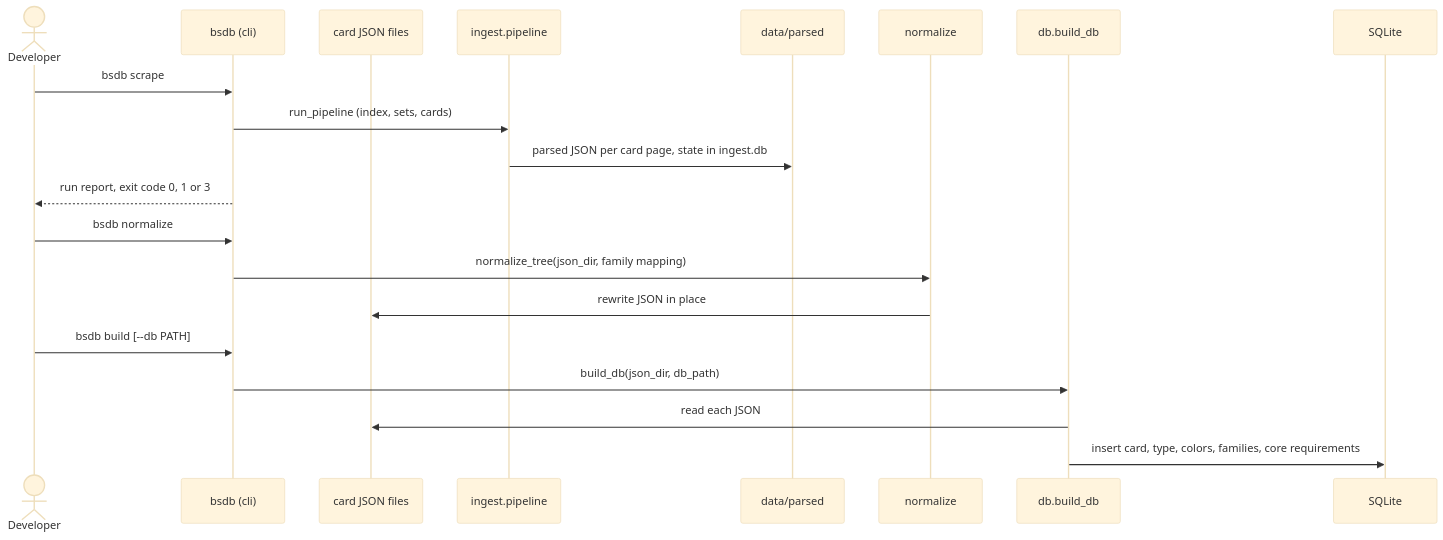
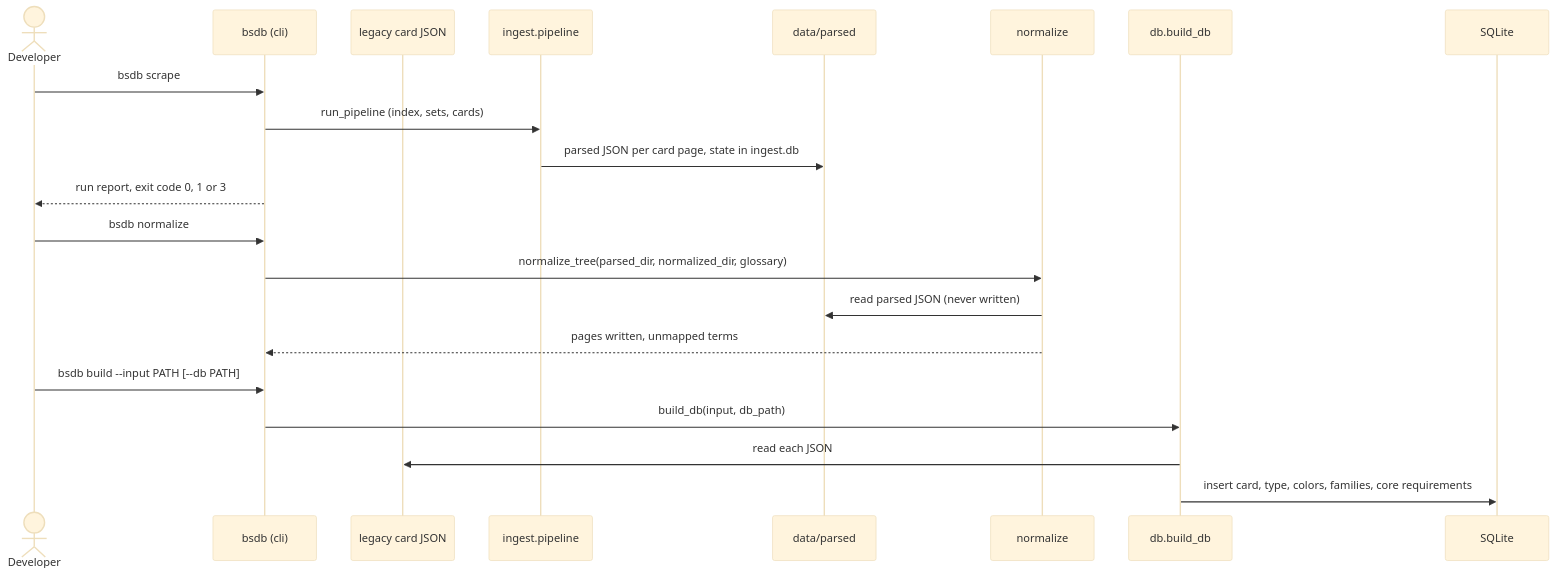
One commit to AleFire99/BS_Database changed the third of 3 diagrams in docs/architecture/overview.md. Above: the diagram before and after it, drawn with Mermaid (base theme). The commit also changed other lines of this file and 7 other files, not shown here.

First line of the commit message:
docs(normalize): add the normalization flowchart and update the overview

````diff
--- a/docs/architecture/overview.md
+++ b/docs/architecture/overview.md
@@ -100,23 +102,24 @@
 ```mermaid
 sequenceDiagram
     actor Dev as Developer
     participant C as bsdb (cli)
-    participant J as card JSON files
+    participant J as legacy card JSON
     participant I as ingest.pipeline
     participant P as data/parsed
     participant N as normalize
     participant D as db.build_db
     participant DB as SQLite
 
     Dev->>C: bsdb scrape
     C->>I: run_pipeline (index, sets, cards)
     I->>P: parsed JSON per card page, state in ingest.db
     C-->>Dev: run report, exit code 0, 1 or 3
     Dev->>C: bsdb normalize
-    C->>N: normalize_tree(json_dir, family mapping)
-    N->>J: rewrite JSON in place
-    Dev->>C: bsdb build [--db PATH]
-    C->>D: build_db(json_dir, db_path)
+    C->>N: normalize_tree(parsed_dir, normalized_dir, glossary)
+    N->>P: read parsed JSON (never written)
+    N-->>C: pages written, unmapped terms
+    Dev->>C: bsdb build --input PATH [--db PATH]
+    C->>D: build_db(input, db_path)
     D->>J: read each JSON
     D->>DB: insert card, type, colors, families, core requirements
 ```
````
